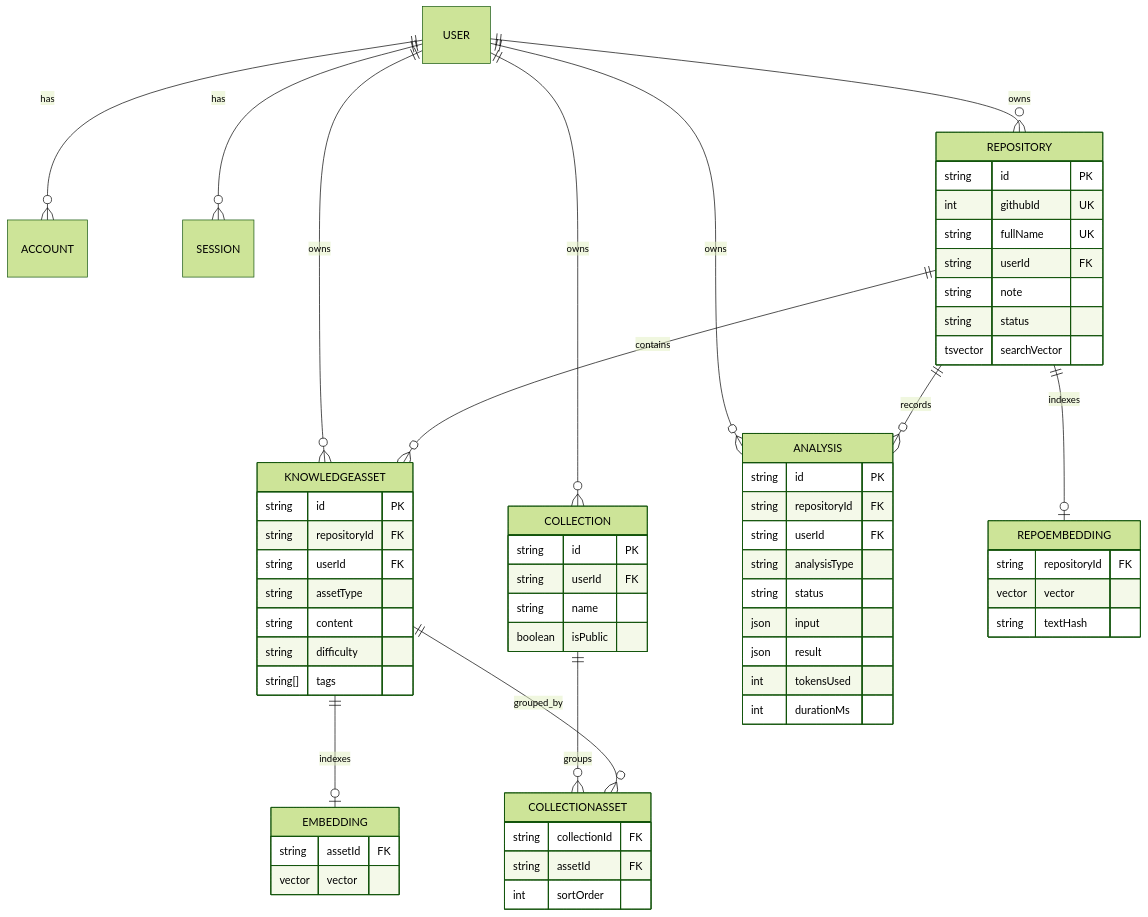
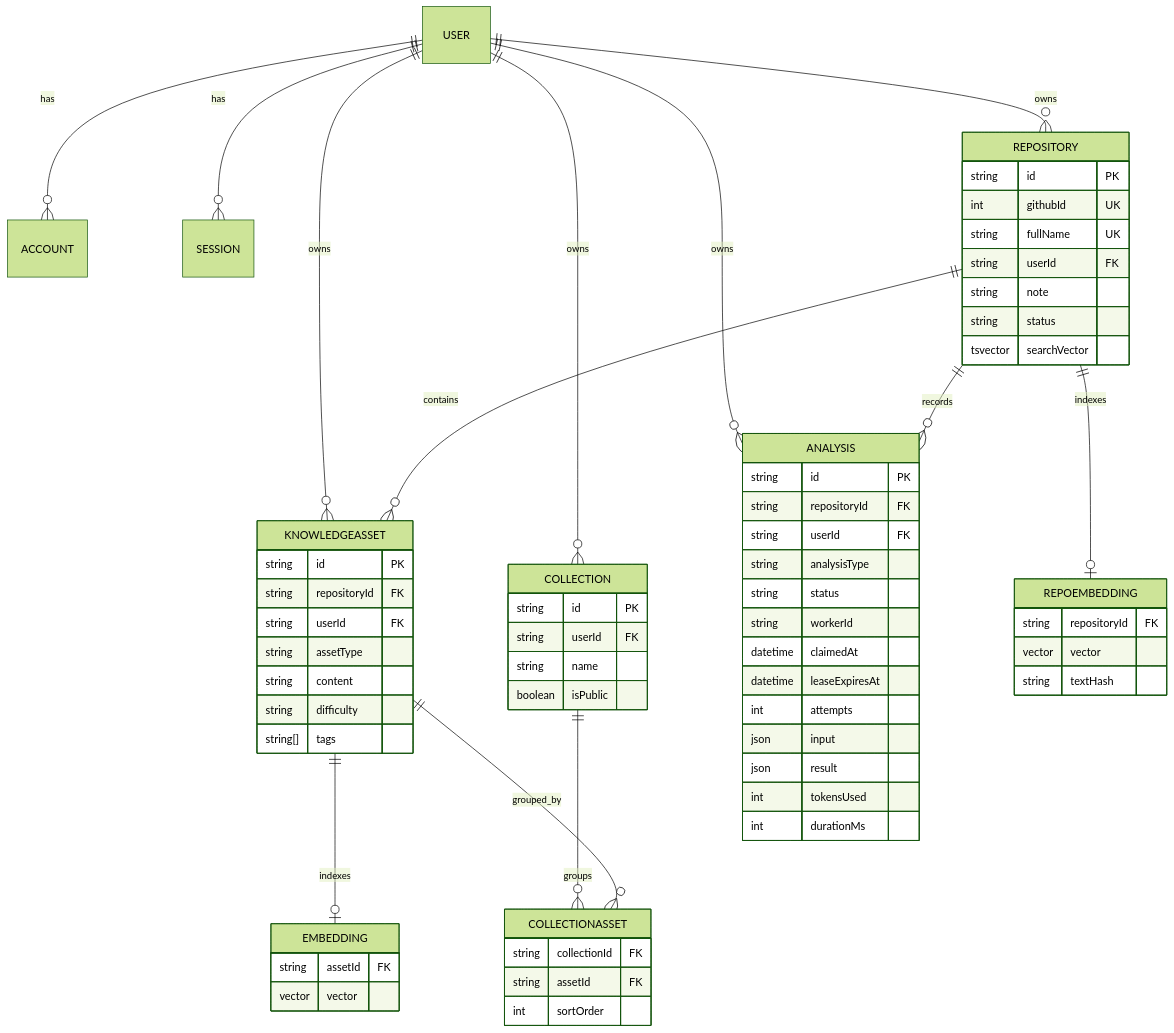
Before and after one commit to zhongli369/github-knowledge-hub: the second of 2 diagrams in docs/ARCHITECTURE.md, drawn with Mermaid (forest theme). The commit also changed other lines of this file and 3 other files, not shown here.

````diff
--- a/docs/ARCHITECTURE.md
+++ b/docs/ARCHITECTURE.md
@@ -116,65 +118,69 @@
 ```mermaid
 erDiagram
     USER ||--o{ ACCOUNT : has
     USER ||--o{ SESSION : has
     USER ||--o{ REPOSITORY : owns
     USER ||--o{ KNOWLEDGEASSET : owns
     USER ||--o{ COLLECTION : owns
     USER ||--o{ ANALYSIS : owns
     REPOSITORY ||--o{ KNOWLEDGEASSET : contains
     REPOSITORY ||--o{ ANALYSIS : records
     REPOSITORY ||--o| REPOEMBEDDING : indexes
     KNOWLEDGEASSET ||--o| EMBEDDING : indexes
     COLLECTION ||--o{ COLLECTIONASSET : groups
     KNOWLEDGEASSET ||--o{ COLLECTIONASSET : grouped_by
 
     REPOSITORY {
         string id PK
         int githubId UK
         string fullName UK
         string userId FK
         string note
         string status
         tsvector searchVector
     }
     KNOWLEDGEASSET {
         string id PK
         string repositoryId FK
         string userId FK
         string assetType
         string content
         string difficulty
         string[] tags
     }
     ANALYSIS {
         string id PK
         string repositoryId FK
         string userId FK
         string analysisType
         string status
+        string workerId
+        datetime claimedAt
+        datetime leaseExpiresAt
+        int attempts
         json input
         json result
         int tokensUsed
         int durationMs
     }
     REPOEMBEDDING {
         string repositoryId FK
         vector vector
         string textHash
     }
     EMBEDDING {
         string assetId FK
         vector vector
     }
     COLLECTION {
         string id PK
         string userId FK
         string name
         boolean isPublic
     }
     COLLECTIONASSET {
         string collectionId FK
         string assetId FK
         int sortOrder
     }
 ```
````
